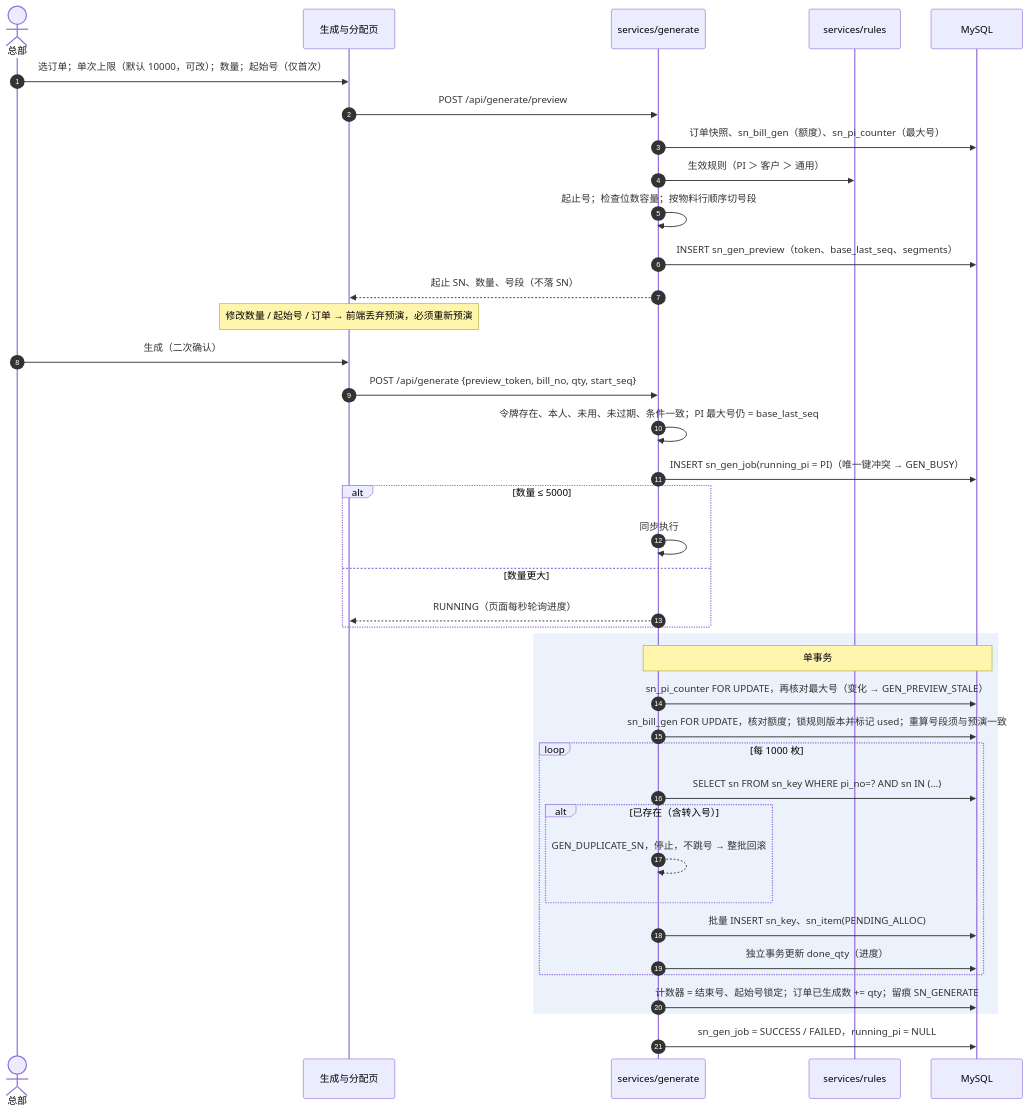
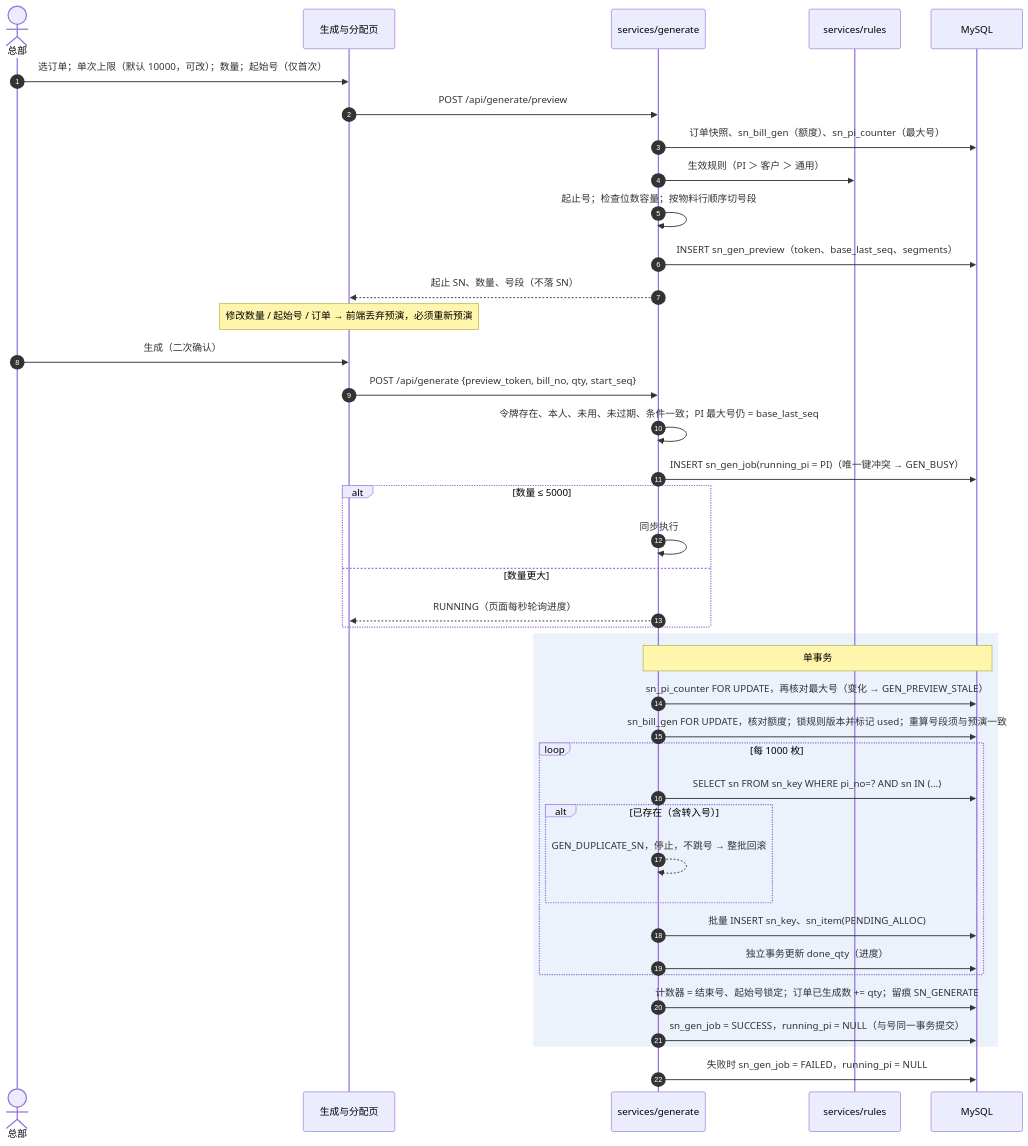
One commit to Createsnow/sn-center changed the sixth of 12 diagrams in docs/技术文档.md. Above: the diagram before and after it, drawn with Mermaid. The commit also changed other lines of this file and 5 other files, not shown here.

````diff
--- a/docs/技术文档.md
+++ b/docs/技术文档.md
@@ -211,41 +211,42 @@
 ```mermaid
 sequenceDiagram
     autonumber
     actor H as 总部
     participant W as 生成与分配页
     participant G as services/generate
     participant R as services/rules
     participant DB as MySQL
     H->>W: 选订单；单次上限（默认 10000，可改）；数量；起始号（仅首次）
     W->>G: POST /api/generate/preview
     G->>DB: 订单快照、sn_bill_gen（额度）、sn_pi_counter（最大号）
     G->>R: 生效规则（PI ＞ 客户 ＞ 通用）
     G->>G: 起止号；检查位数容量；按物料行顺序切号段
     G->>DB: INSERT sn_gen_preview（token、base_last_seq、segments）
     G-->>W: 起止 SN、数量、号段（不落 SN）
     Note over W: 修改数量 / 起始号 / 订单 → 前端丢弃预演，必须重新预演
     H->>W: 生成（二次确认）
     W->>G: POST /api/generate {preview_token, bill_no, qty, start_seq}
     G->>G: 令牌存在、本人、未用、未过期、条件一致；PI 最大号仍 = base_last_seq
     G->>DB: INSERT sn_gen_job(running_pi = PI)（唯一键冲突 → GEN_BUSY）
     alt 数量 ≤ 5000
         G->>G: 同步执行
     else 数量更大
         G-->>W: RUNNING（页面每秒轮询进度）
     end
     rect rgb(235, 242, 252)
     Note over G,DB: 单事务
     G->>DB: sn_pi_counter FOR UPDATE，再核对最大号（变化 → GEN_PREVIEW_STALE）
     G->>DB: sn_bill_gen FOR UPDATE，核对额度；锁规则版本并标记 used；重算号段须与预演一致
     loop 每 1000 枚
         G->>DB: SELECT sn FROM sn_key WHERE pi_no=? AND sn IN (…)
         alt 已存在（含转入号）
             G-->>G: GEN_DUPLICATE_SN，停止，不跳号 → 整批回滚
         end
         G->>DB: 批量 INSERT sn_key、sn_item(PENDING_ALLOC)
         G->>DB: 独立事务更新 done_qty（进度）
     end
     G->>DB: 计数器 = 结束号、起始号锁定；订单已生成数 += qty；留痕 SN_GENERATE
+    G->>DB: sn_gen_job = SUCCESS，running_pi = NULL（与号同一事务提交）
     end
-    G->>DB: sn_gen_job = SUCCESS / FAILED，running_pi = NULL
+    G->>DB: 失败时 sn_gen_job = FAILED，running_pi = NULL
 ```
````
